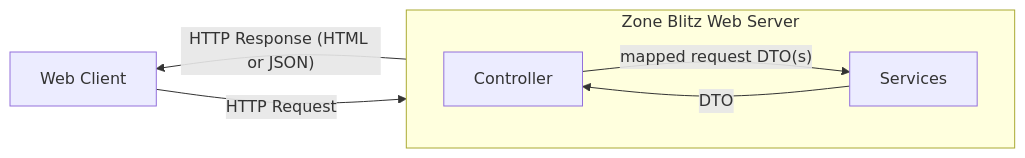
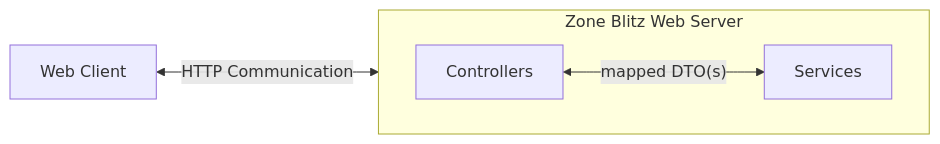
The diagram in docs/application.md (Tiernebre/zone-blitz-deprecated), drawn with Mermaid before and after one commit. The commit also changed other lines of this file, not shown here.

Commit message:
http flow setup

````diff
--- a/docs/application.md
+++ b/docs/application.md
@@ -7,13 +9,11 @@
 ```mermaid
-flowchart RL
+flowchart LR
   client[Web Client]
-  client-- HTTP Request -->server
   subgraph server[Zone Blitz Web Server]
     direction LR
-    controller[Controller]
+    controller[Controllers]
     service[Services]
-    controller-- mapped request DTO(s) -->service
-    service-- DTO -->controller
+    controller<--mapped DTO(s)-->service
   end
-  server-- HTTP Response (HTML or JSON)-->client
+  client<--HTTP Communication -->server
 ```
````
